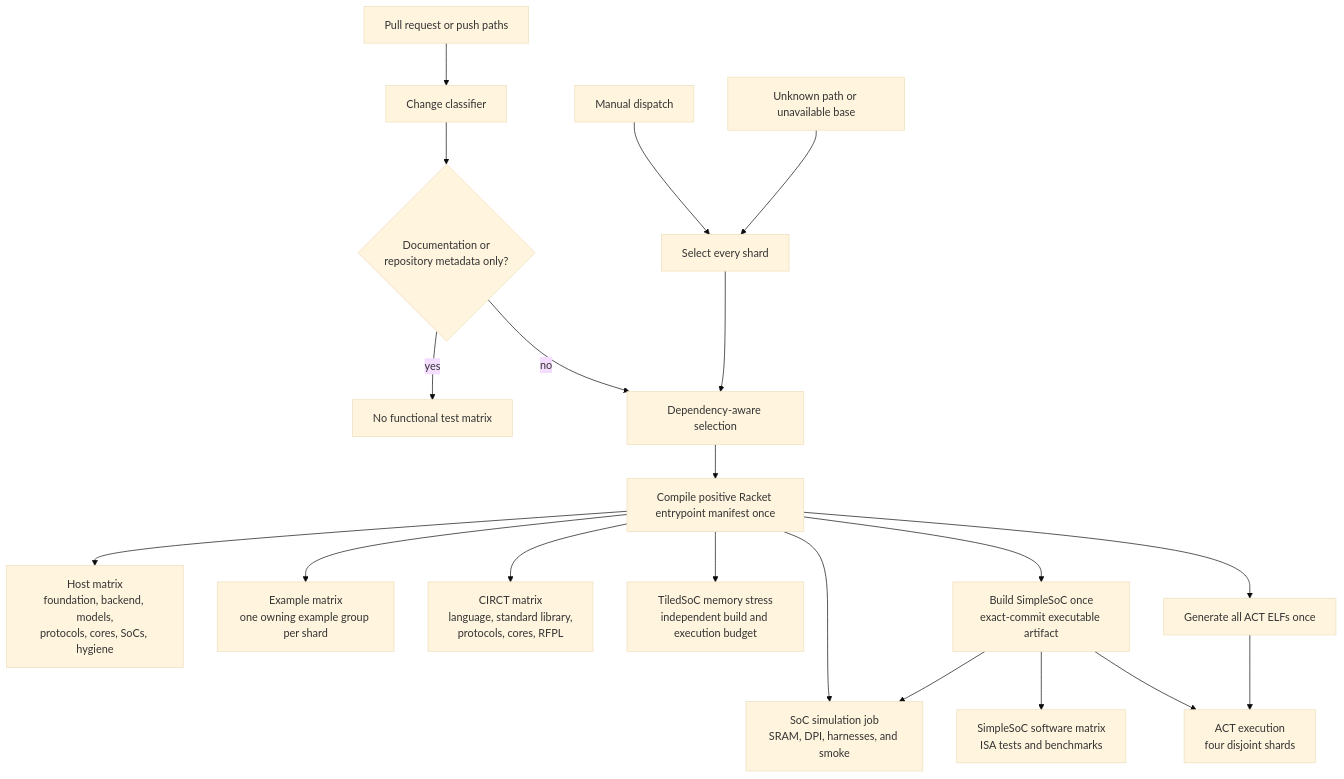
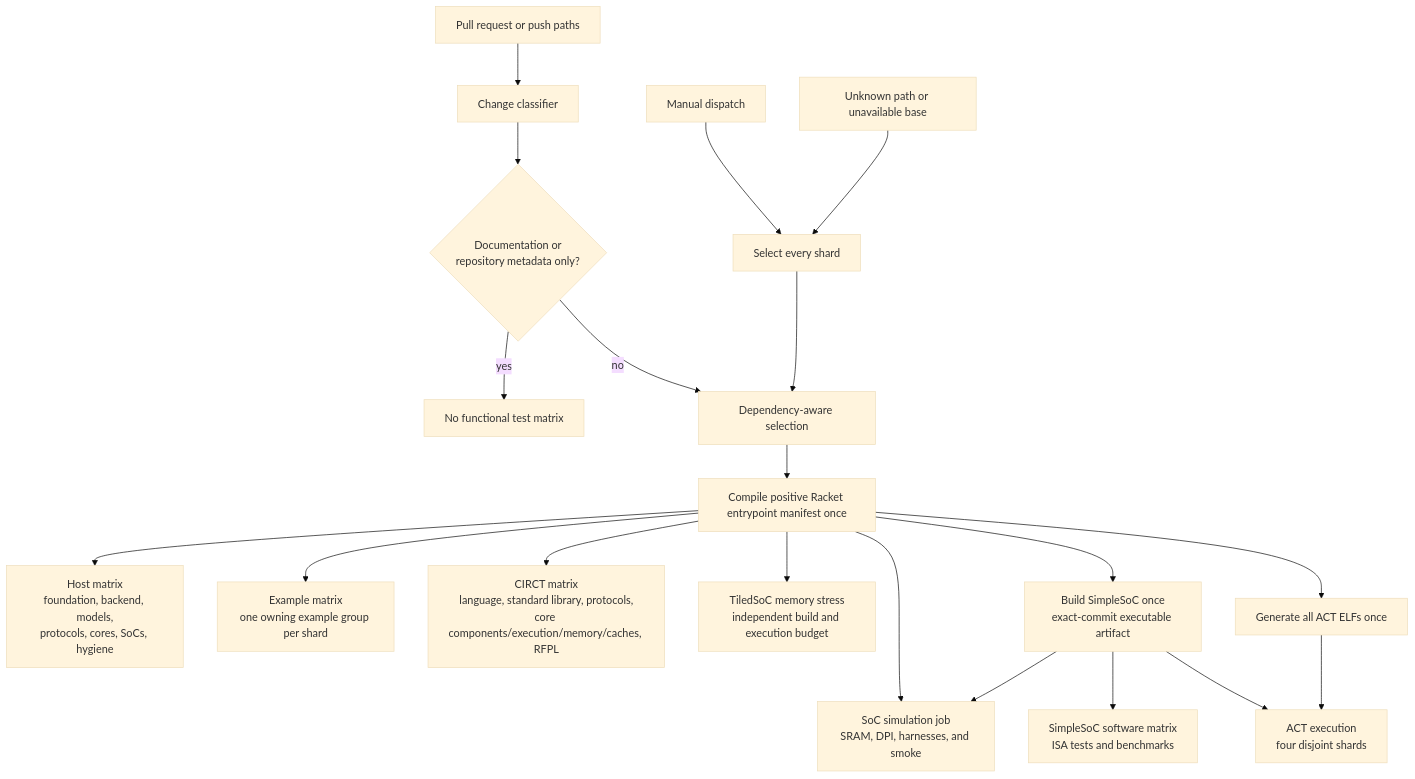
One commit to jerryz123/rhodium changed the diagram in tests/DEVELOPING.md. Above: the diagram before and after it, drawn with Mermaid (base theme). The commit also changed 15 other files, not shown here.

````diff
--- a/tests/DEVELOPING.md
+++ b/tests/DEVELOPING.md
@@ -62,22 +62,22 @@
 ```mermaid
 flowchart TD
     Changes["Pull request or push paths"] --> Classifier["Change classifier"]
     Manual["Manual dispatch"] --> All["Select every shard"]
     Unknown["Unknown path or unavailable base"] --> All
     Classifier --> Docs{"Documentation or<br/>repository metadata only?"}
     Docs -->|yes| None["No functional test matrix"]
     Docs -->|no| Selected["Dependency-aware selection"]
     All --> Selected
     Selected --> Compile["Compile positive Racket entrypoint manifest once"]
     Compile --> Host["Host matrix<br/>foundation, backend, models,<br/>protocols, cores, SoCs, hygiene"]
     Compile --> Examples["Example matrix<br/>one owning example group per shard"]
-    Compile --> CIRCT["CIRCT matrix<br/>language, standard library,<br/>protocols, cores, RFPL"]
+    Compile --> CIRCT["CIRCT matrix<br/>language, standard library, protocols,<br/>core components/execution/memory/caches, RFPL"]
     Compile --> Simulation["SoC simulation job<br/>SRAM, DPI, harnesses, and smoke"]
     Compile --> TiledMemory["TiledSoC memory stress<br/>independent build and execution budget"]
     Compile --> SimpleBuild["Build SimpleSoC once<br/>exact-commit executable artifact"]
     SimpleBuild --> Simulation
     SimpleBuild --> Programs["SimpleSoC software matrix<br/>ISA tests and benchmarks"]
     Compile --> ActBuild["Generate all ACT ELFs once"]
     SimpleBuild --> ActRun["ACT execution<br/>four disjoint shards"]
     ActBuild --> ActRun
 ```
````
